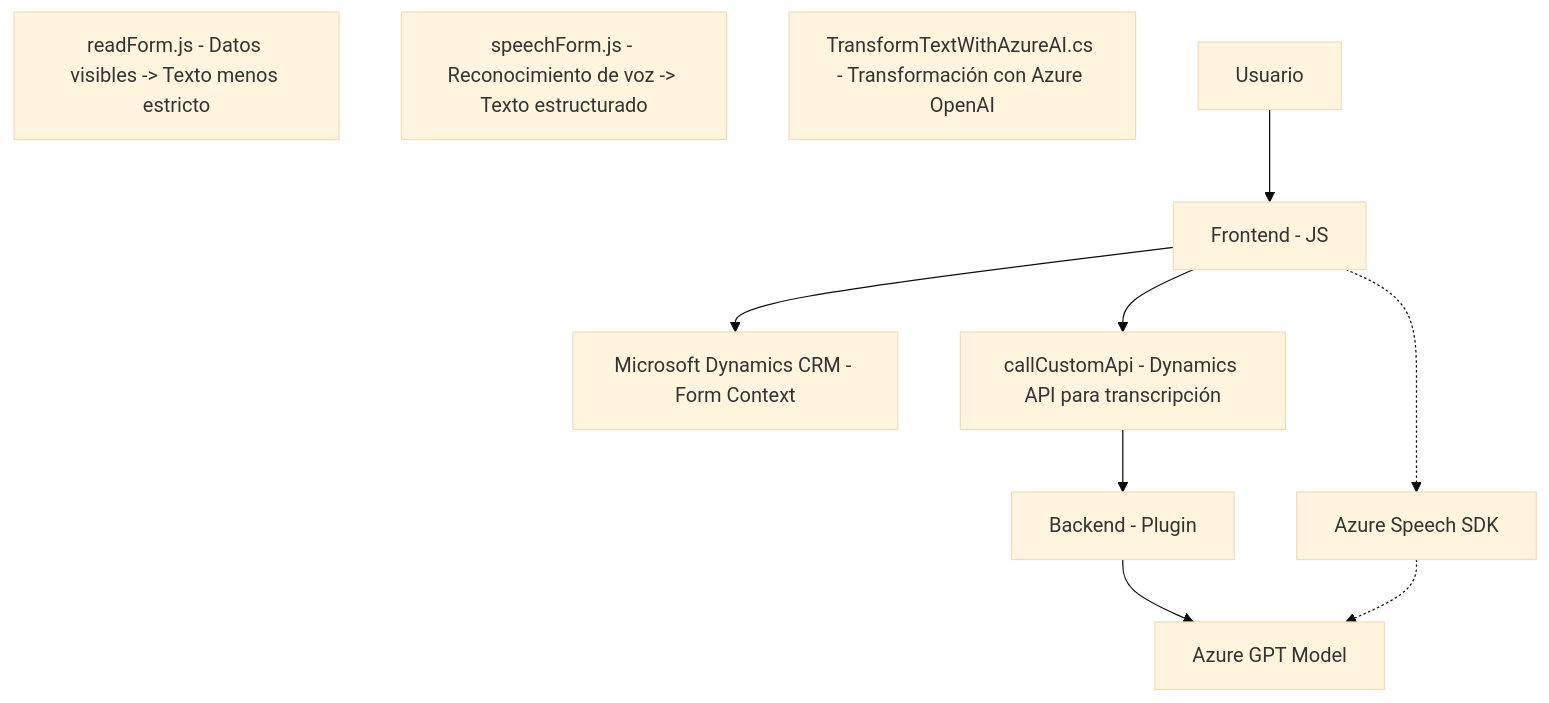
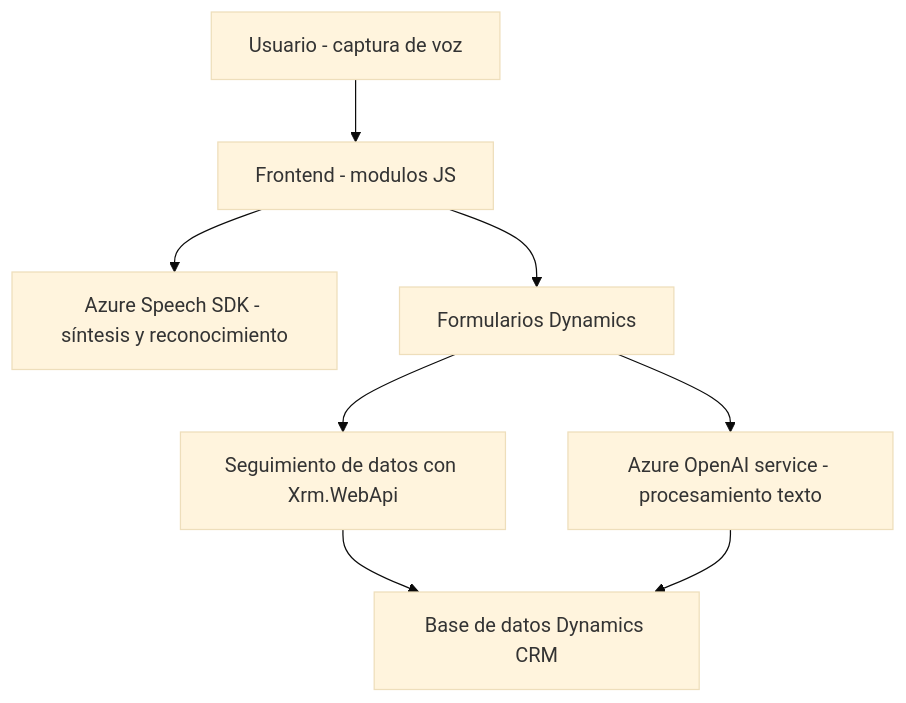
One commit to blopezdm/NETCORE_BILBAO2025 changed the diagram in README.md. Above: the diagram before and after it, drawn with Mermaid (base theme). The commit also changed other lines of this file, not shown here.

Commit message:
Actualizar análisis global de la solución con IA

````diff
--- a/README.md
+++ b/README.md
@@ -60,24 +39,10 @@
 ```mermaid
 graph TD
-    A["Frontend - JS"]
-    A1["readForm.js - Datos visibles -> Texto menos estricto"]
-    A2["speechForm.js - Reconocimiento de voz -> Texto estructurado"]
-
-    B["Azure Speech SDK"]
-    C["Microsoft Dynamics CRM - Form Context"]
-
-    D["Backend - Plugin"]
-    D1["TransformTextWithAzureAI.cs - Transformación con Azure OpenAI"]
-    D2["callCustomApi - Dynamics API para transcripción"]
-
-    E["Azure GPT Model"]
-    F["Usuario"]
-
-    F-->A
-    A-.->B
-    A-->C
-    A-->D2
-    D2-->D
-    D-->E
-    B-.->E
+  A["Usuario - captura de voz"] --> B["Frontend - modulos JS"]
+  B --> C["Azure Speech SDK - síntesis y reconocimiento"]
+  B --> D["Formularios Dynamics"]
+  D --> E["Seguimiento de datos con Xrm.WebApi"]
+  D --> F["Azure OpenAI service - procesamiento texto"]
+  E --> G["Base de datos Dynamics CRM"]
+  F --> G
 ```
````
